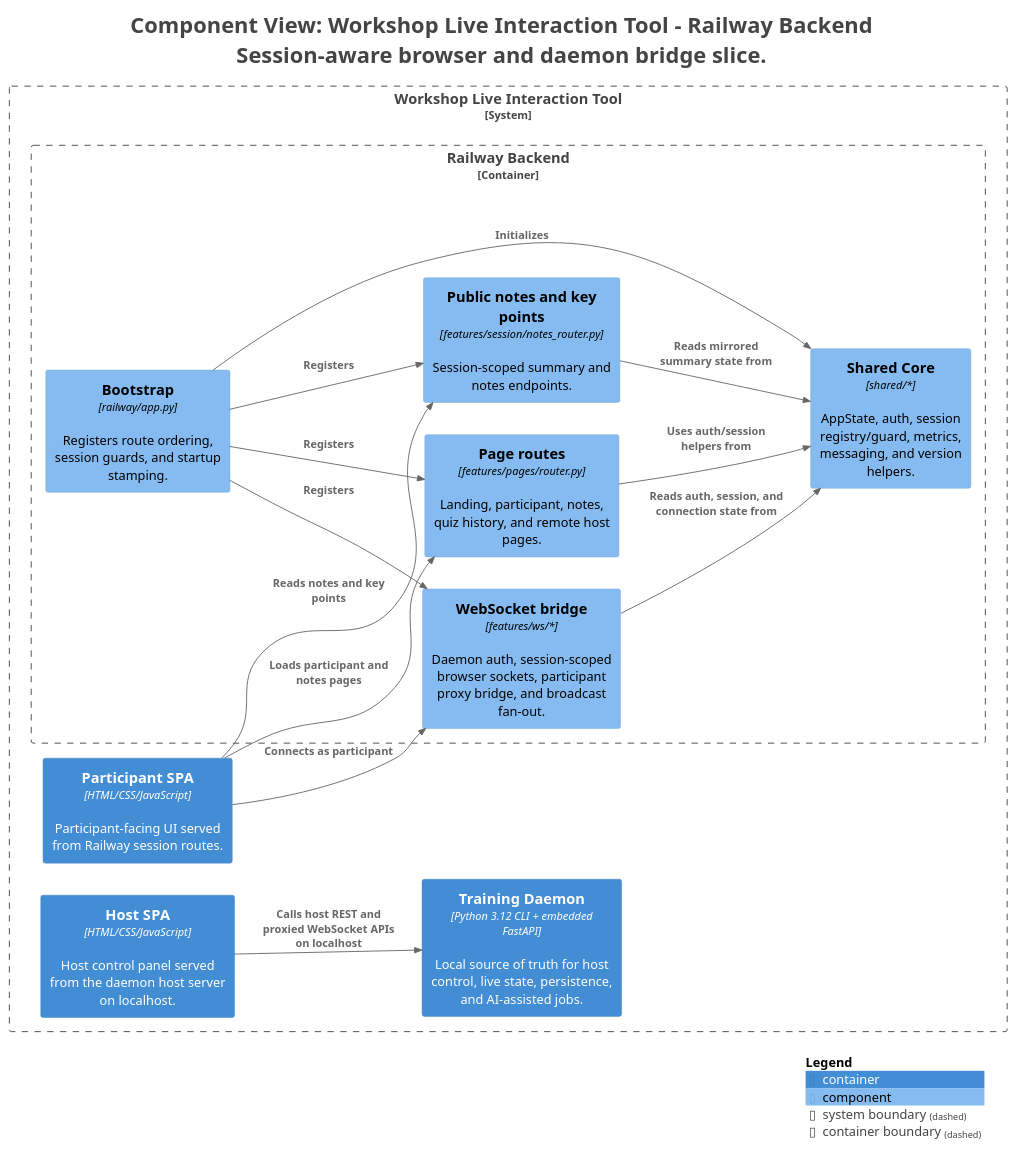
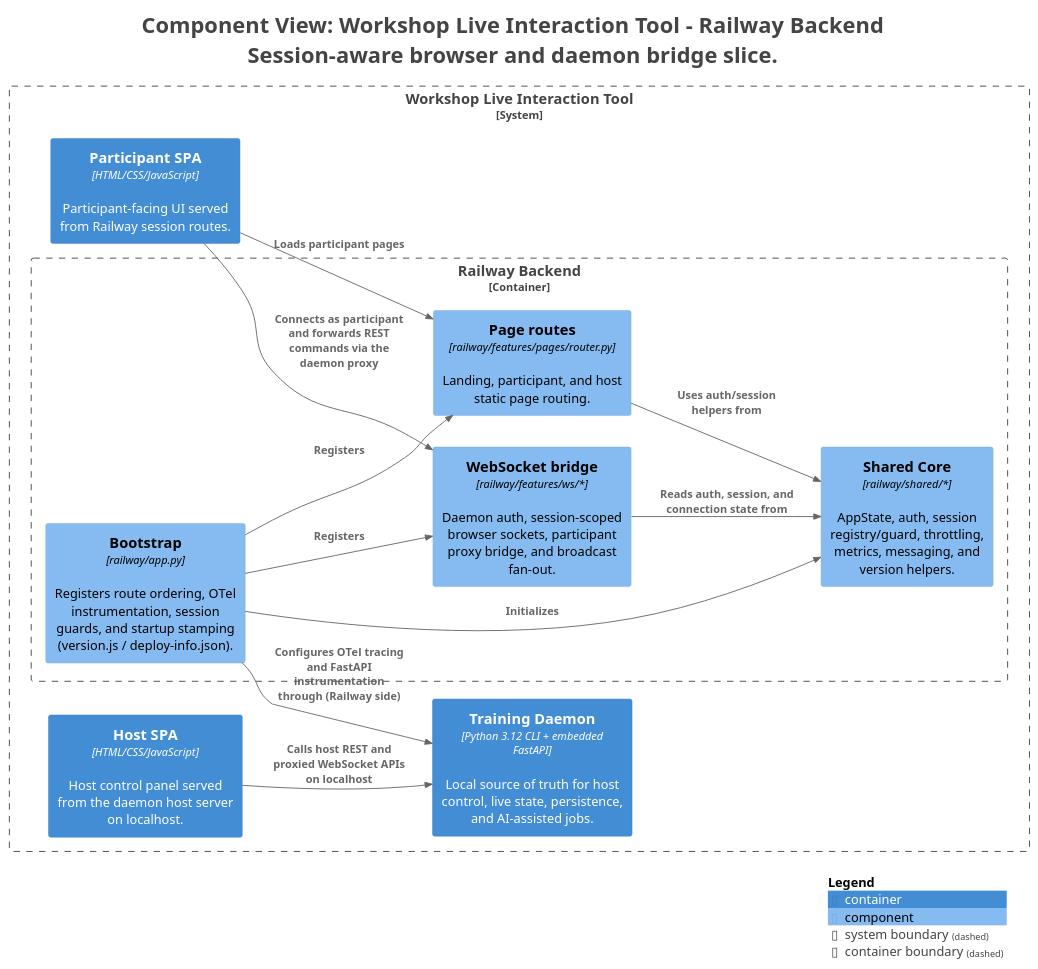
Before and after one commit to victorrentea/training-assistant: the diagram in docs/c4views/C3-Backend-Realtime.puml, drawn with PlantUML. The commit also changed 33 other files, not shown here.

```diff
--- a/docs/c4views/C3-Backend-Realtime.puml
+++ b/docs/c4views/C3-Backend-Realtime.puml
@@ -1,47 +1,44 @@
 @startuml
 title <size:24>Component View: Workshop Live Interaction Tool - Railway Backend</size>\n<size:24>Session-aware browser and daemon bridge slice.</size>
 
 set separator none
 left to right direction
 
 <style>
   root {
     BackgroundColor: #ffffff
     FontColor: #444444
   }
 </style>
 
 !include <C4/C4>
 !include <C4/C4_Context>
 !include <C4/C4_Container>
 !include <C4/C4_Component>
 
 System_Boundary("WorkshopLiveInteractionTool_boundary", "Workshop Live Interaction Tool", $tags="") {
   Container_Boundary("WorkshopLiveInteractionTool.RailwayBackend_boundary", "Railway Backend", $tags="") {
-    Component(WorkshopLiveInteractionTool.RailwayBackend.Bootstrap, "Bootstrap", $techn="railway/app.py", $descr="Registers route ordering, session guards, and startup stamping.", $tags="", $link="")
-    Component(WorkshopLiveInteractionTool.RailwayBackend.SharedCore, "Shared Core", $techn="shared/*", $descr="AppState, auth, session registry/guard, metrics, messaging, and version helpers.", $tags="", $link="")
-    Component(WorkshopLiveInteractionTool.RailwayBackend.WebSocketbridge, "WebSocket bridge", $techn="features/ws/*", $descr="Daemon auth, session-scoped browser sockets, participant proxy bridge, and broadcast fan-out.", $tags="", $link="")
-    Component(WorkshopLiveInteractionTool.RailwayBackend.Pageroutes, "Page routes", $techn="features/pages/router.py", $descr="Landing, participant, notes, quiz history, and remote host pages.", $tags="", $link="")
-    Component(WorkshopLiveInteractionTool.RailwayBackend.Publicnotesandkeypoints, "Public notes and key points", $techn="features/session/notes_router.py", $descr="Session-scoped summary and notes endpoints.", $tags="", $link="")
+    Component(WorkshopLiveInteractionTool.RailwayBackend.Bootstrap, "Bootstrap", $techn="railway/app.py", $descr="Registers route ordering, OTel instrumentation, session guards, and startup stamping (version.js / deploy-info.json).", $tags="", $link="")
+    Component(WorkshopLiveInteractionTool.RailwayBackend.SharedCore, "Shared Core", $techn="railway/shared/*", $descr="AppState, auth, session registry/guard, throttling, metrics, messaging, and version helpers.", $tags="", $link="")
+    Component(WorkshopLiveInteractionTool.RailwayBackend.WebSocketbridge, "WebSocket bridge", $techn="railway/features/ws/*", $descr="Daemon auth, session-scoped browser sockets, participant proxy bridge, and broadcast fan-out.", $tags="", $link="")
+    Component(WorkshopLiveInteractionTool.RailwayBackend.Pageroutes, "Page routes", $techn="railway/features/pages/router.py", $descr="Landing, participant, and host static page routing.", $tags="", $link="")
   }
 
   Container(WorkshopLiveInteractionTool.ParticipantSPA, "Participant SPA", $techn="HTML/CSS/JavaScript", $descr="Participant-facing UI served from Railway session routes.", $tags="", $link="")
   Container(WorkshopLiveInteractionTool.HostSPA, "Host SPA", $techn="HTML/CSS/JavaScript", $descr="Host control panel served from the daemon host server on localhost.", $tags="", $link="")
   Container(WorkshopLiveInteractionTool.TrainingDaemon, "Training Daemon", $techn="Python 3.12 CLI + embedded FastAPI", $descr="Local source of truth for host control, live state, persistence, and AI-assisted jobs.", $tags="", $link="")
 }
 
 Rel(WorkshopLiveInteractionTool.HostSPA, WorkshopLiveInteractionTool.TrainingDaemon, "Calls host REST and proxied WebSocket APIs on localhost", $techn="", $tags="", $link="")
-Rel(WorkshopLiveInteractionTool.ParticipantSPA, WorkshopLiveInteractionTool.RailwayBackend.Pageroutes, "Loads participant and notes pages", $techn="", $tags="", $link="")
-Rel(WorkshopLiveInteractionTool.ParticipantSPA, WorkshopLiveInteractionTool.RailwayBackend.WebSocketbridge, "Connects as participant", $techn="", $tags="", $link="")
-Rel(WorkshopLiveInteractionTool.ParticipantSPA, WorkshopLiveInteractionTool.RailwayBackend.Publicnotesandkeypoints, "Reads notes and key points", $techn="", $tags="", $link="")
+Rel(WorkshopLiveInteractionTool.ParticipantSPA, WorkshopLiveInteractionTool.RailwayBackend.Pageroutes, "Loads participant pages", $techn="", $tags="", $link="")
+Rel(WorkshopLiveInteractionTool.ParticipantSPA, WorkshopLiveInteractionTool.RailwayBackend.WebSocketbridge, "Connects as participant and forwards REST commands via the daemon proxy", $techn="", $tags="", $link="")
 Rel(WorkshopLiveInteractionTool.RailwayBackend.Bootstrap, WorkshopLiveInteractionTool.RailwayBackend.SharedCore, "Initializes", $techn="", $tags="", $link="")
 Rel(WorkshopLiveInteractionTool.RailwayBackend.Bootstrap, WorkshopLiveInteractionTool.RailwayBackend.WebSocketbridge, "Registers", $techn="", $tags="", $link="")
 Rel(WorkshopLiveInteractionTool.RailwayBackend.Bootstrap, WorkshopLiveInteractionTool.RailwayBackend.Pageroutes, "Registers", $techn="", $tags="", $link="")
-Rel(WorkshopLiveInteractionTool.RailwayBackend.Bootstrap, WorkshopLiveInteractionTool.RailwayBackend.Publicnotesandkeypoints, "Registers", $techn="", $tags="", $link="")
 Rel(WorkshopLiveInteractionTool.RailwayBackend.WebSocketbridge, WorkshopLiveInteractionTool.RailwayBackend.SharedCore, "Reads auth, session, and connection state from", $techn="", $tags="", $link="")
 Rel(WorkshopLiveInteractionTool.RailwayBackend.Pageroutes, WorkshopLiveInteractionTool.RailwayBackend.SharedCore, "Uses auth/session helpers from", $techn="", $tags="", $link="")
-Rel(WorkshopLiveInteractionTool.RailwayBackend.Publicnotesandkeypoints, WorkshopLiveInteractionTool.RailwayBackend.SharedCore, "Reads mirrored summary state from", $techn="", $tags="", $link="")
+Rel(WorkshopLiveInteractionTool.RailwayBackend.Bootstrap, WorkshopLiveInteractionTool.TrainingDaemon, "Configures OTel tracing and FastAPI instrumentation through (Railway side)", $techn="", $tags="", $link="")
 
 SHOW_LEGEND(true)
 hide stereotypes
 @enduml
```
